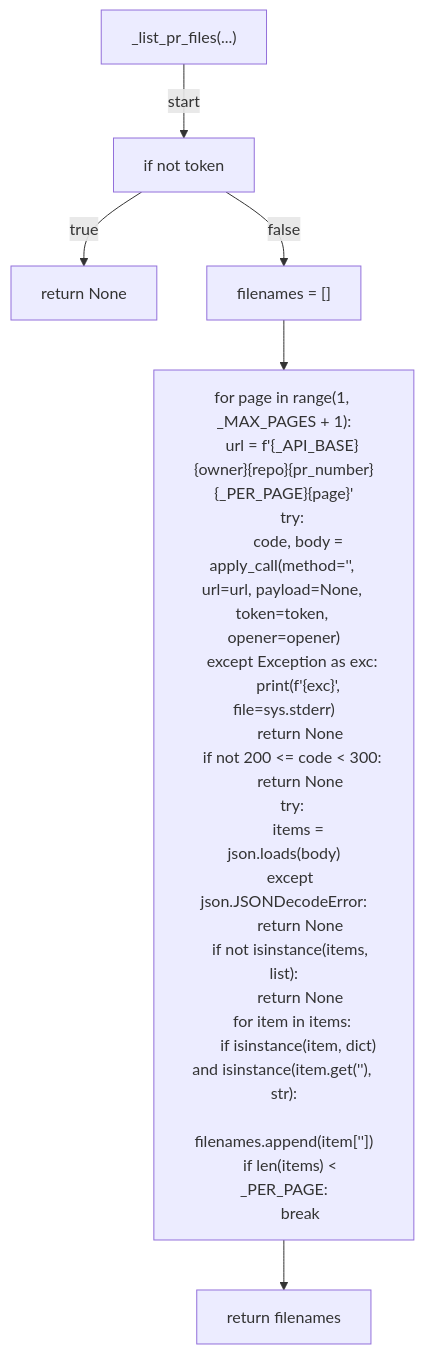
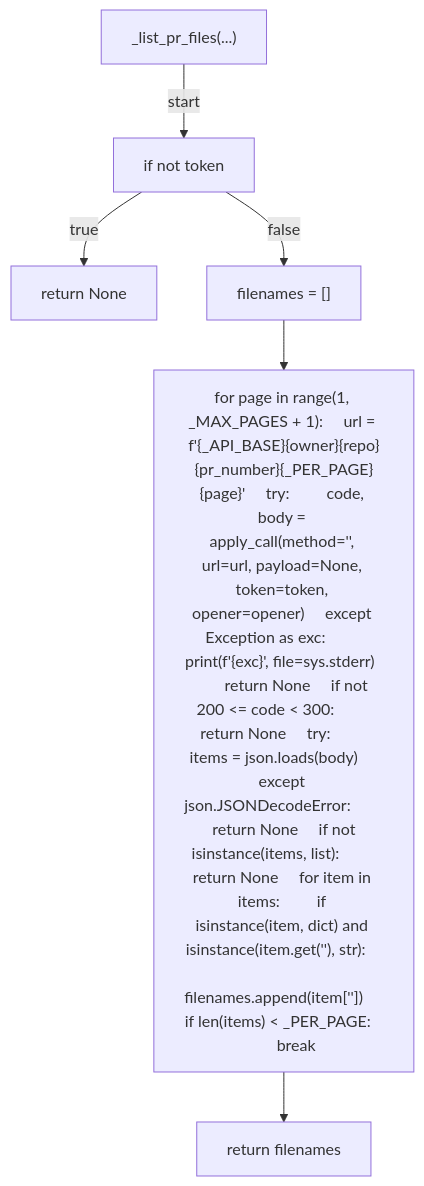
Before and after one commit to tvna/claude-md: the fifth of 9 diagrams in docs/generated/scripts/ast/post_merge_new_session_prompt.md, drawn with Mermaid. The commit also changed other lines of this file and 30 other files, not shown here.

First line of the commit message:
docs(generated): regenerate decision tree and workflow diagrams (batch 2/5)

````diff
--- a/docs/generated/scripts/ast/post_merge_new_session_prompt.md
+++ b/docs/generated/scripts/ast/post_merge_new_session_prompt.md
@@ -157,33 +124,14 @@
 ```mermaid
 flowchart TD
     N001["_list_pr_files(...)"]
     N002["if not token"]
     N003["return None"]
     N004["filenames = []"]
-    N005["for page in range(1, _MAX_PAGES + 1):
-    url = f'{_API_BASE}<str>{owner}<str>{repo}<str>{pr_number}<str>{_PER_PAGE}<str>{page}'
-    try:
-        code, body = apply_call(method='<str>', url=url, payload=None, token=token, opener=opener)
-    except Exception as exc:
-        print(f'<str>{exc}', file=sys.stderr)
-        return None
-    if not 200 <= code < 300:
-        return None
-    try:
-        items = json.loads(body)
-    except json.JSONDecodeError:
-        return None
-    if not isinstance(items, list):
-        return None
-    for item in items:
-        if isinstance(item, dict) and isinstance(item.get('<str>'), str):
-            filenames.append(item['<str>'])
-    if len(items) < _PER_PAGE:
-        break"]
+    N005["for page in range(1, _MAX_PAGES + 1):     url = f'{_API_BASE}<str>{owner}<str>{repo}<str>{pr_number}<str>{_PER_PAGE}<str>{page}'     try:         code, body = apply_call(method='<str>', url=url, payload=None, token=token, opener=opener)     except Exception as exc:         print(f'<str>{exc}', file=sys.stderr)         return None     if not 200 <= code < 300:         return None     try:         items = json.loads(body)     except json.JSONDecodeError:         return None     if not isinstance(items, list):         return None     for item in items:         if isinstance(item, dict) and isinstance(item.get('<str>'), str):             filenames.append(item['<str>'])     if len(items) < _PER_PAGE:         break"]
     N006["return filenames"]
     N001 -->|"start"| N002
     N002 -->|"true"| N003
     N002 -->|"false"| N004
     N004 --> N005
     N005 --> N006
 ```
````
